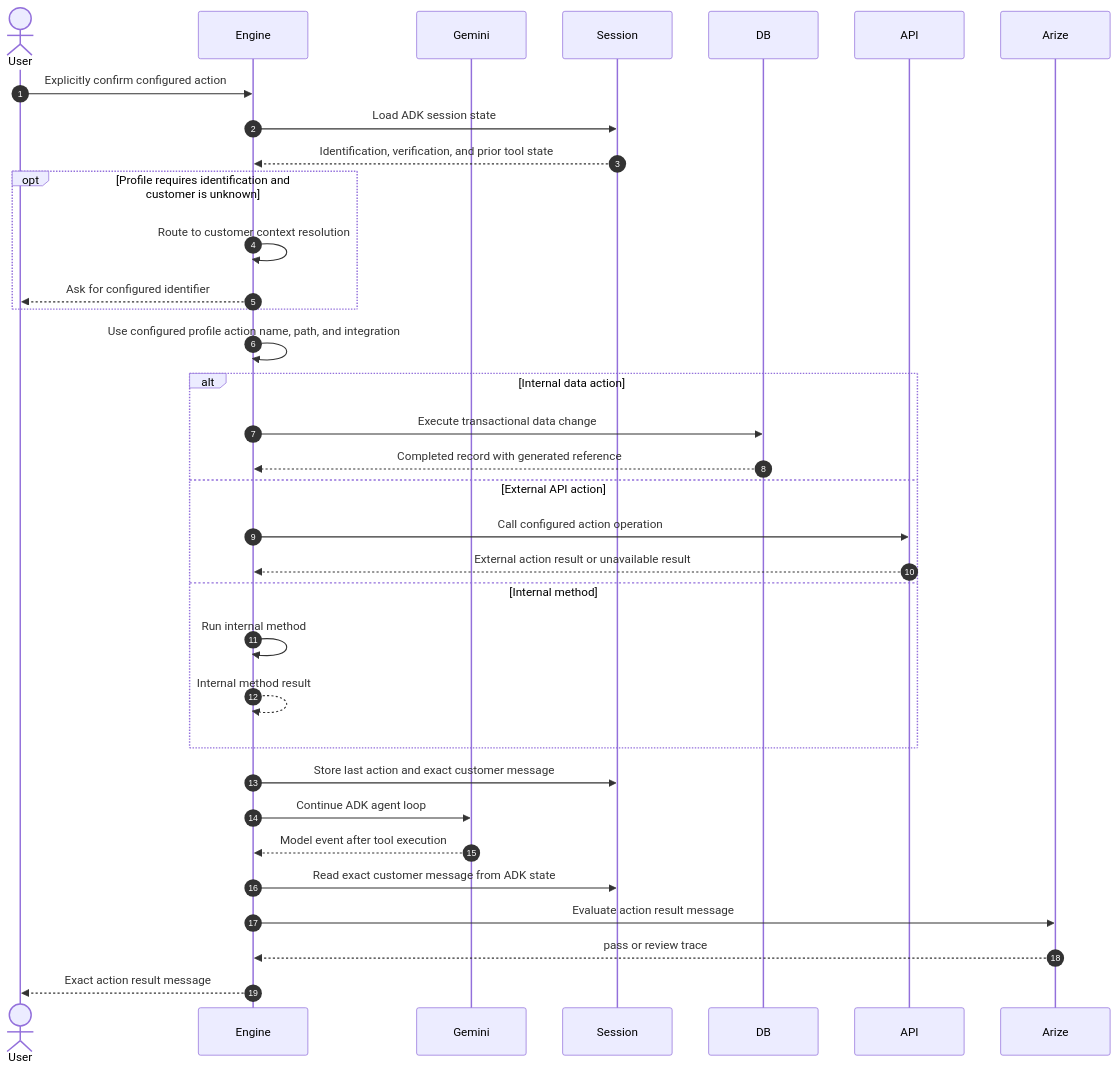
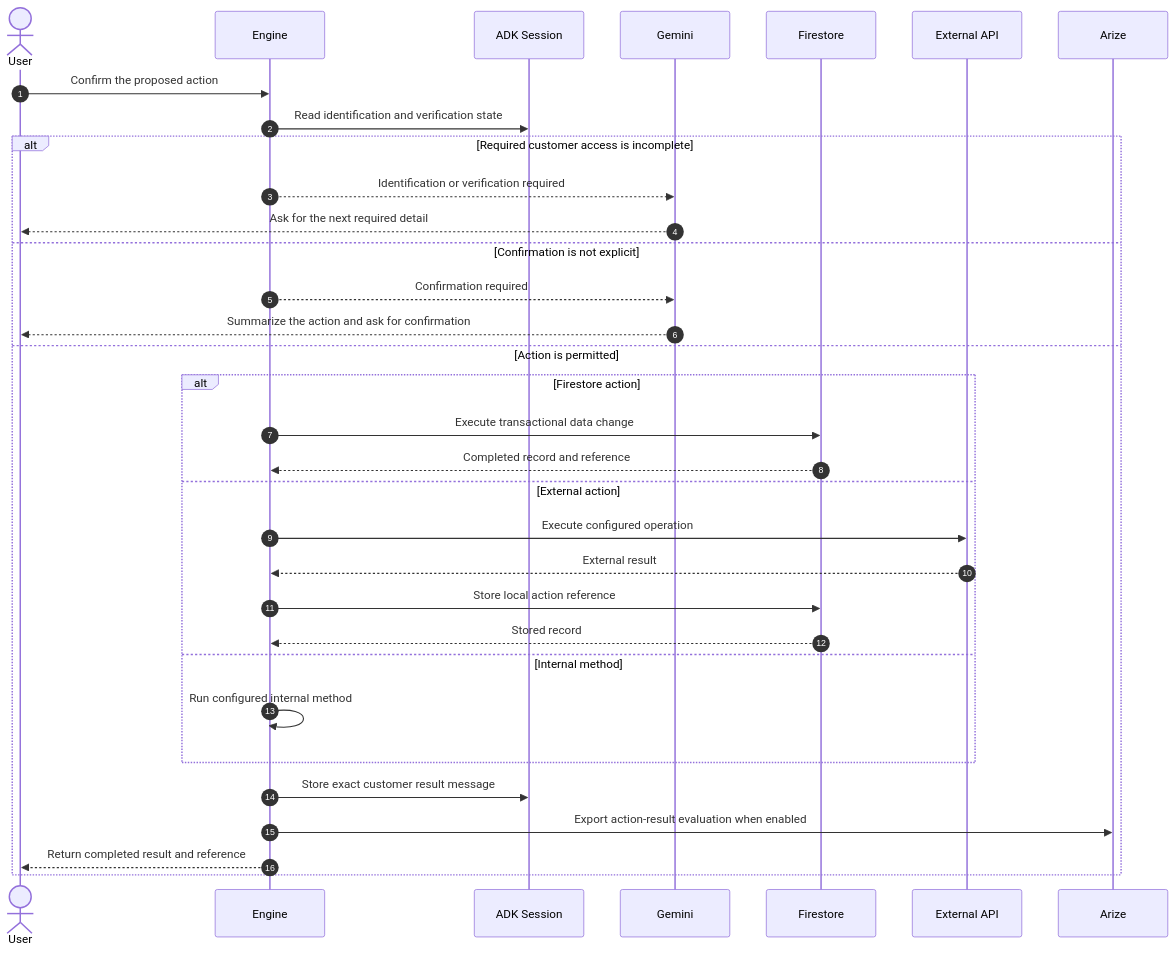
Before and after one commit to ariefwara/grounded-agentic-ai: the diagram in docs/solution/sequences/action-execution.md, drawn with Mermaid. The commit also changed other lines of this file and 17 other files, not shown here.

````diff
--- a/docs/solution/sequences/action-execution.md
+++ b/docs/solution/sequences/action-execution.md
@@ -3,41 +3,38 @@
 ```mermaid
 sequenceDiagram
     autonumber
     actor User
     participant Engine
+    participant Session as ADK Session
     participant Gemini
-    participant Session
-    participant DB
-    participant API
+    participant DB as Firestore
+    participant API as External API
     participant Arize
 
-    User->>Engine: Explicitly confirm configured action
-    Engine->>Session: Load ADK session state
-    Session-->>Engine: Identification, verification, and prior tool state
+    User->>Engine: Confirm the proposed action
+    Engine->>Session: Read identification and verification state
 
-    opt Profile requires identification and customer is unknown
-        Engine->>Engine: Route to customer context resolution
-        Engine-->>User: Ask for configured identifier
+    alt Required customer access is incomplete
+        Engine-->>Gemini: Identification or verification required
+        Gemini-->>User: Ask for the next required detail
+    else Confirmation is not explicit
+        Engine-->>Gemini: Confirmation required
+        Gemini-->>User: Summarize the action and ask for confirmation
+    else Action is permitted
+        alt Firestore action
+            Engine->>DB: Execute transactional data change
+            DB-->>Engine: Completed record and reference
+        else External action
+            Engine->>API: Execute configured operation
+            API-->>Engine: External result
+            Engine->>DB: Store local action reference
+            DB-->>Engine: Stored record
+        else Internal method
+            Engine->>Engine: Run configured internal method
+        end
+
+        Engine->>Session: Store exact customer result message
+        Engine->>Arize: Export action-result evaluation when enabled
+        Engine-->>User: Return completed result and reference
     end
-
-    Engine->>Engine: Use configured profile action name, path, and integration
-
-    alt Internal data action
-        Engine->>DB: Execute transactional data change
-        DB-->>Engine: Completed record with generated reference
-    else External API action
-        Engine->>API: Call configured action operation
-        API-->>Engine: External action result or unavailable result
-    else Internal method
-        Engine->>Engine: Run internal method
-        Engine-->>Engine: Internal method result
-    end
-
-    Engine->>Session: Store last action and exact customer message
-    Engine->>Gemini: Continue ADK agent loop
-    Gemini-->>Engine: Model event after tool execution
-    Engine->>Session: Read exact customer message from ADK state
-    Engine->>Arize: Evaluate action result message
-    Arize-->>Engine: pass or review trace
-    Engine-->>User: Exact action result message
 ```
````
